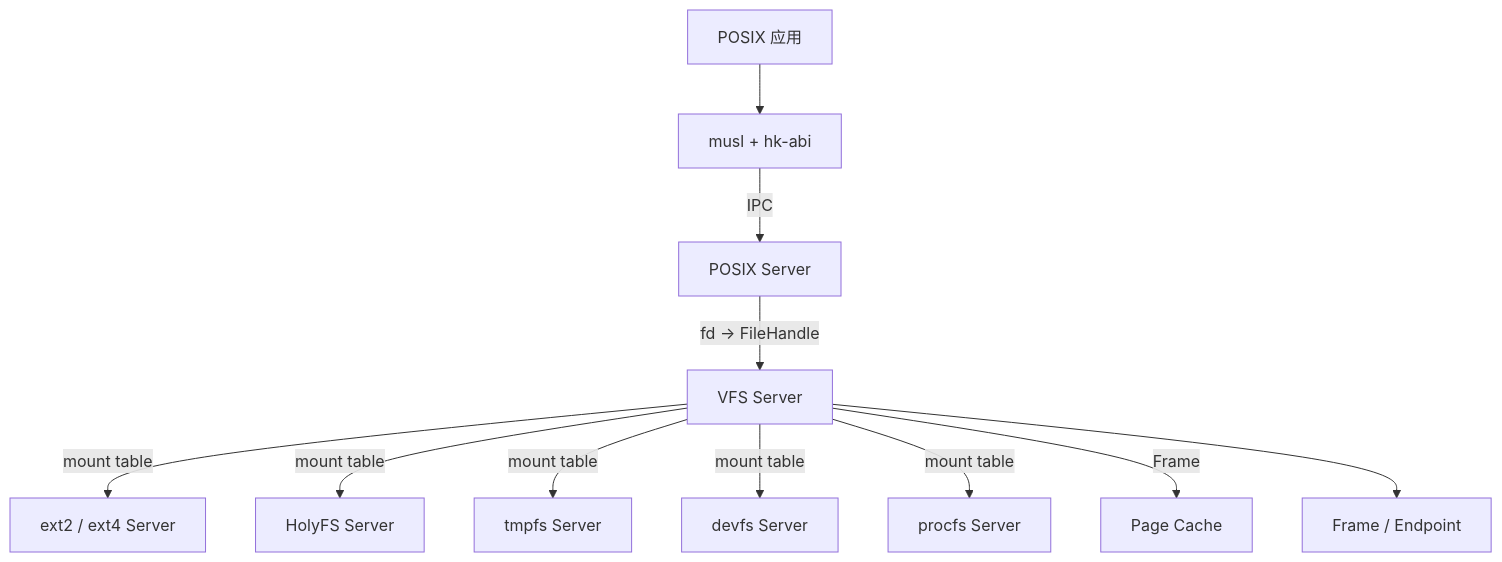
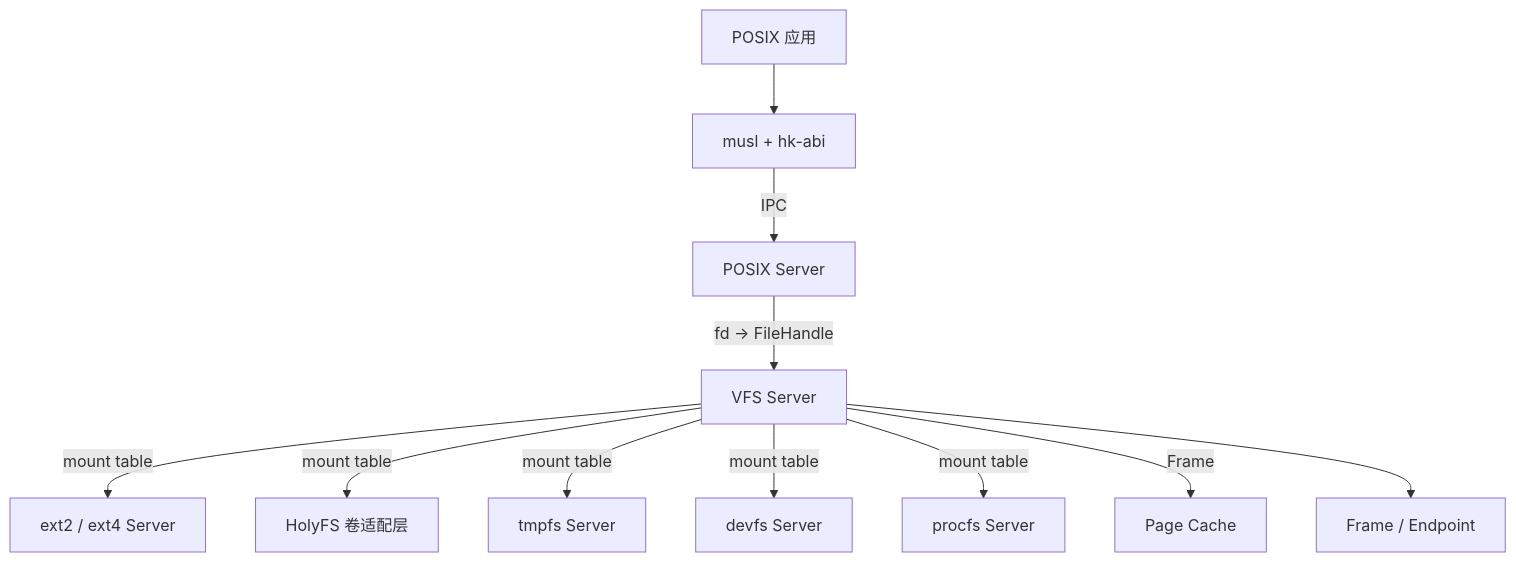
The first of 2 diagrams in docs/vfs.md (hongweifei/HolyKernel), drawn with Mermaid before and after one commit. The commit also changed other lines of this file and 17 other files, not shown here.

````diff
--- a/docs/vfs.md
+++ b/docs/vfs.md
@@ -40,13 +40,13 @@
 ```mermaid
 flowchart TB
     App["POSIX 应用"] --> Libc["musl + hk-abi"]
     Libc -->|IPC| POSIX["POSIX Server"]
     POSIX -->|fd → FileHandle| VFS["VFS Server"]
     VFS -->|mount table| Ext2["ext2 / ext4 Server"]
-    VFS -->|mount table| HolyFS["HolyFS Server"]
+    VFS -->|mount table| HolyFS["HolyFS 卷适配层"]
     VFS -->|mount table| Tmpfs["tmpfs Server"]
     VFS -->|mount table| Devfs["devfs Server"]
     VFS -->|mount table| Procfs["procfs Server"]
     VFS -->|Frame| Cache["Page Cache"]
     VFS --> Kernel["Frame / Endpoint"]
 ```
````
